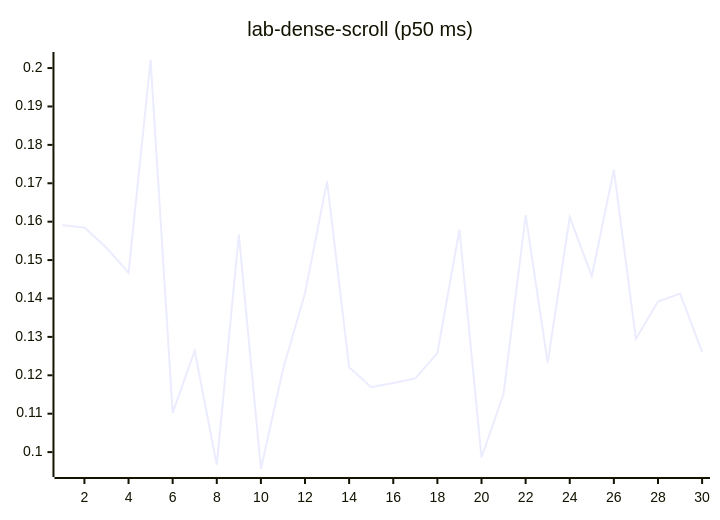
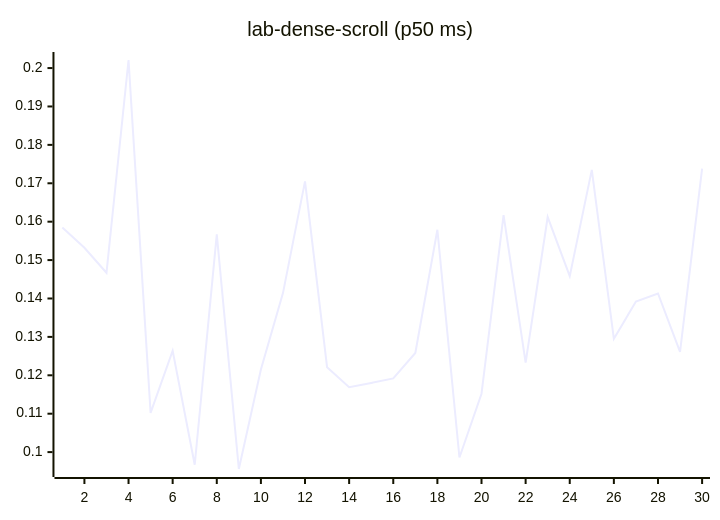
One commit to josha/Facet changed diagram 12 of 27 in README.md. Above: the diagram before and after it, drawn with Mermaid. The commit also changed other lines of this file and 2 other files, not shown here.

````diff
--- a/README.md
+++ b/README.md
@@ -140,6 +140,6 @@
 ```mermaid
 xychart-beta
     title "lab-dense-scroll (p50 ms)"
     x-axis 1 --> 30
-    line [0.1591, 0.1585, 0.1532, 0.1467, 0.2021, 0.1102, 0.1264, 0.0967, 0.1567, 0.0956, 0.1215, 0.1414, 0.1705, 0.1221, 0.1169, 0.1180, 0.1192, 0.1258, 0.1579, 0.0986, 0.1152, 0.1617, 0.1233, 0.1612, 0.1458, 0.1735, 0.1295, 0.1392, 0.1413, 0.1261]
+    line [0.1585, 0.1532, 0.1467, 0.2021, 0.1102, 0.1264, 0.0967, 0.1567, 0.0956, 0.1215, 0.1414, 0.1705, 0.1221, 0.1169, 0.1180, 0.1192, 0.1258, 0.1579, 0.0986, 0.1152, 0.1617, 0.1233, 0.1612, 0.1458, 0.1735, 0.1295, 0.1392, 0.1413, 0.1261, 0.1738]
 ```
````
